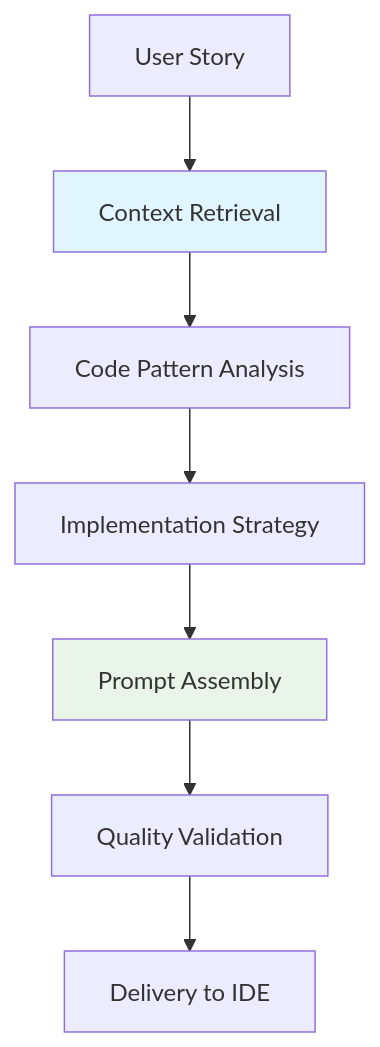
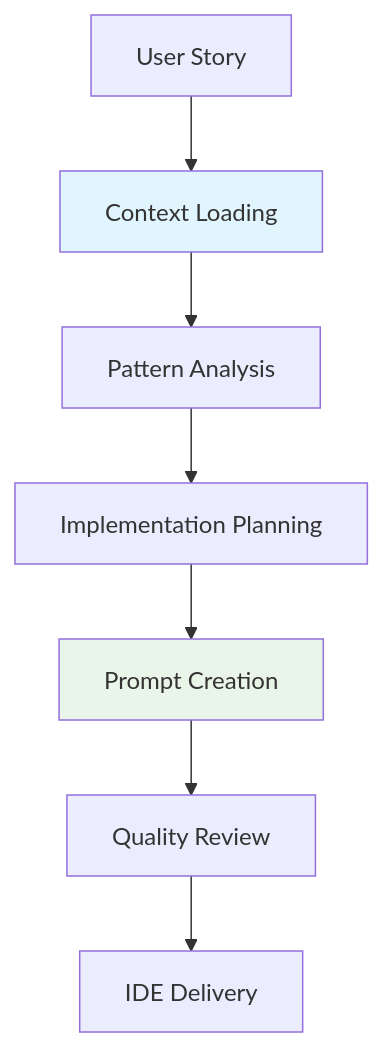
Before and after one commit to devplaninc/docs: the fourth of 5 diagrams in docs/architecture.md, drawn with Mermaid. The commit also changed other lines of this file and 7 other files, not shown here.

````diff
--- a/docs/architecture.md
+++ b/docs/architecture.md
@@ -240,12 +271,12 @@
 ```mermaid
 graph TD
-    A[User Story] --> B[Context Retrieval]
-    B --> C[Code Pattern Analysis]
-    C --> D[Implementation Strategy]
-    D --> E[Prompt Assembly]
-    E --> F[Quality Validation]
-    F --> G[Delivery to IDE]
+    A[User Story] --> B[Context Loading]
+    B --> C[Pattern Analysis]
+    C --> D[Implementation Planning]
+    D --> E[Prompt Creation]
+    E --> F[Quality Review]
+    F --> G[IDE Delivery]
 
     style B fill:#e1f5fe
     style E fill:#e8f5e8
 ```
````
